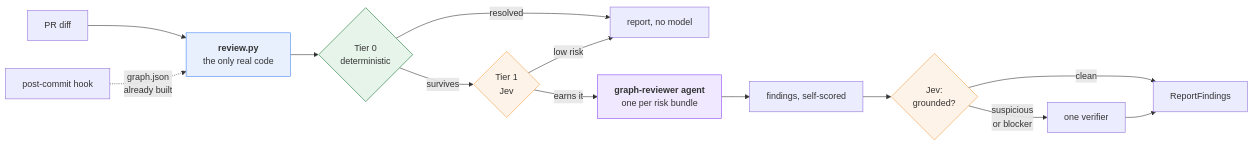
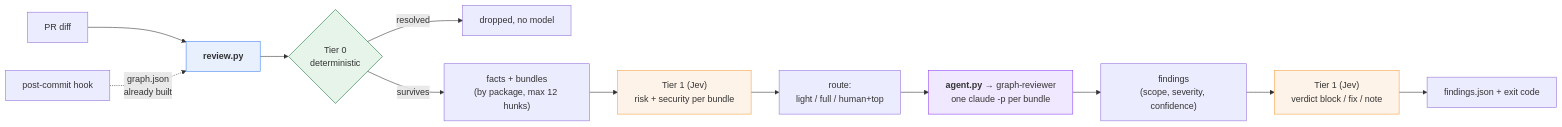
One commit to liem18112000/graph-code-review-agent changed the sixth of 14 diagrams in docs/architecture.md. Above: the diagram before and after it, drawn with Mermaid. The commit also changed other lines of this file and 11 other files, not shown here.

````diff
--- a/docs/architecture.md
+++ b/docs/architecture.md
@@ -106,22 +215,22 @@
 ```mermaid
 flowchart LR
-    PR["PR diff"] --> S["<b>review.py</b><br/>the only real code"]
+    PR["PR diff"] --> S["<b>review.py</b>"]
     HOOK["post-commit hook"] -.->|"graph.json<br/>already built"| S
 
     S --> T0{"Tier 0<br/>deterministic"}
-    T0 -->|"resolved"| DONE["report, no model"]
-    T0 -->|"survives"| T1{"Tier 1<br/>Jev"}
-    T1 -->|"low risk"| DONE
-    T1 -->|"earns it"| T2["<b>graph-reviewer agent</b><br/>one per risk bundle"]
+    T0 -->|"resolved"| DONE["dropped, no model"]
+    T0 -->|"survives"| FB["facts + bundles<br/>(by package, max 12 hunks)"]
+    FB --> T1["Tier 1 (Jev)<br/>risk + security per bundle"]
+    T1 --> RT["route:<br/>light / full / human+top"]
 
-    T2 --> FIND["findings, self-scored"]
-    FIND --> T1B{"Jev:<br/>grounded?"}
-    T1B -->|"clean"| OUT["ReportFindings"]
-    T1B -->|"suspicious<br/>or blocker"| VER["one verifier"] --> OUT
+    RT --> T2["<b>agent.py</b> → graph-reviewer<br/>one claude -p per bundle"]
+    T2 --> FIND["findings<br/>(scope, severity, confidence)"]
+    FIND --> T1B["Tier 1 (Jev)<br/>verdict block / fix / note"]
+    T1B --> OUT["findings.json + exit code"]
 
     style S fill:#e8f0fe,stroke:#4285f4
     style T0 fill:#e6f4ea,stroke:#137333
     style T1 fill:#fef3e8,stroke:#f4a142
     style T1B fill:#fef3e8,stroke:#f4a142
     style T2 fill:#f0e8fe,stroke:#8b42f4
 ```
````
